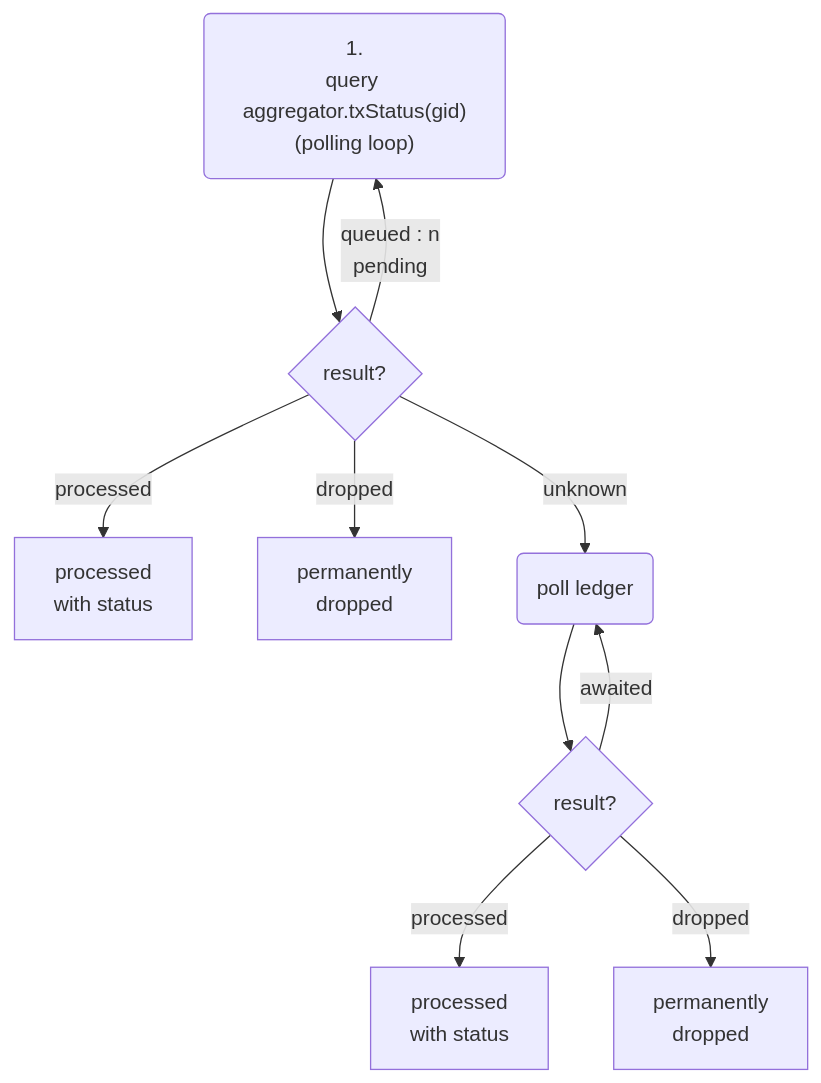
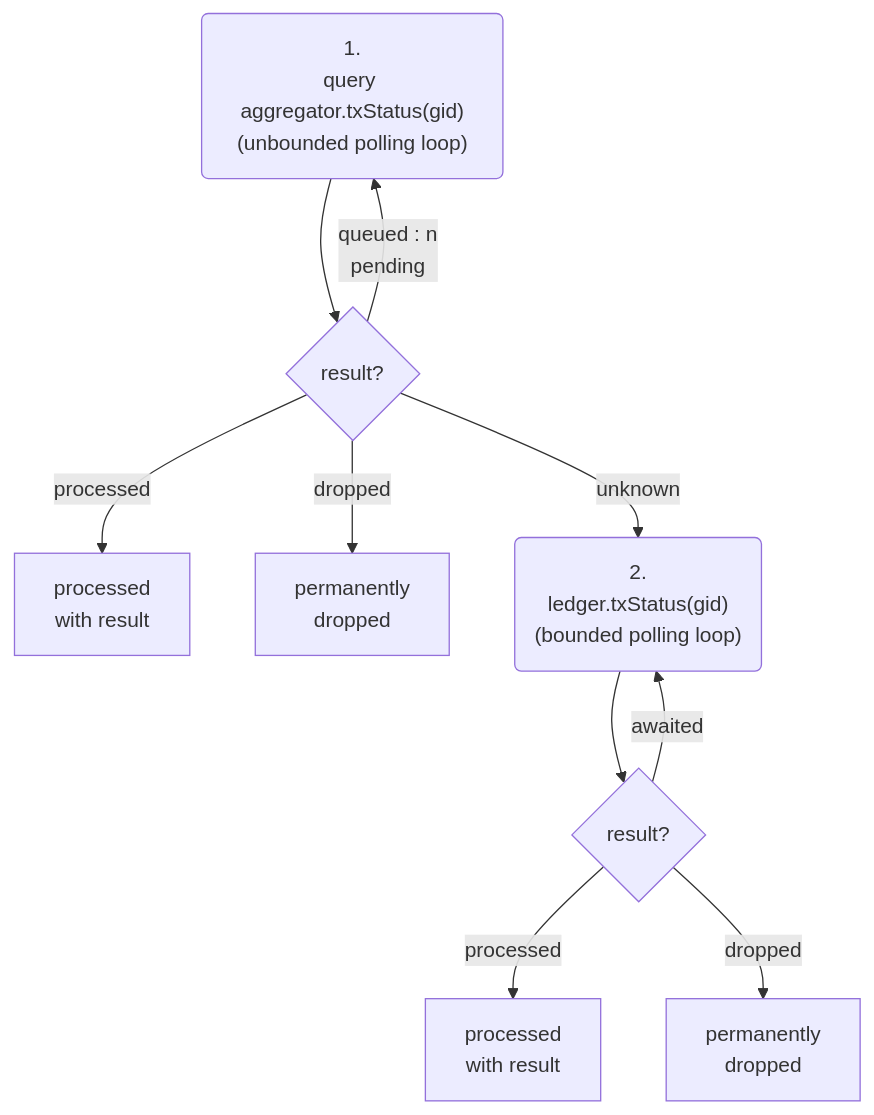
The fourth of 6 diagrams in README.md (research-ag/hpl-io), drawn with Mermaid before and after one commit. The commit also changed other lines of this file, not shown here.

Commit message:
Update README: split up client flow diagram in 3 protocols

````diff
--- a/README.md
+++ b/README.md
@@ -263,17 +270,17 @@
 ```mermaid
 flowchart TD
-    A("1.<br>query aggregator.txStatus(gid)<br>(polling loop)")
-
-    %% Aggregator %%
+    %% Aggregator unbounded loop %%
+    A("1.<br>query aggregator.txStatus(gid)<br>(unbounded polling loop)")
     A --> R{result?}
     R -->|queued : n<br>pending| A 
-    R -->|processed| PF[processed<br>with status]
-    R -->|dropped| D4["permanently<br>dropped"]
-    R -->|unknown| L("poll ledger")
+    R -->|processed| PF[processed<br>with result]
+    R -->|dropped| D["permanently<br>dropped"]
+    R -->|unknown| L 
 
-    %% Ledger timeout loop %%
-    L --> R5{result?}
-    R5 -->|awaited| L
-    R5 --> |processed| P4[processed<br>with status]
-    R5 -->|dropped| D3["permanently<br>dropped"]
+    %% Ledger bounded loop %%
+    L("2.<br>ledger.txStatus(gid)<br>(bounded polling loop)")
+    L --> R2{result?}
+    R2 -->|awaited| L
+    R2 --> |processed| PF2[processed<br>with result]
+    R2 -->|dropped| D2["permanently<br>dropped"]
 ```
````
